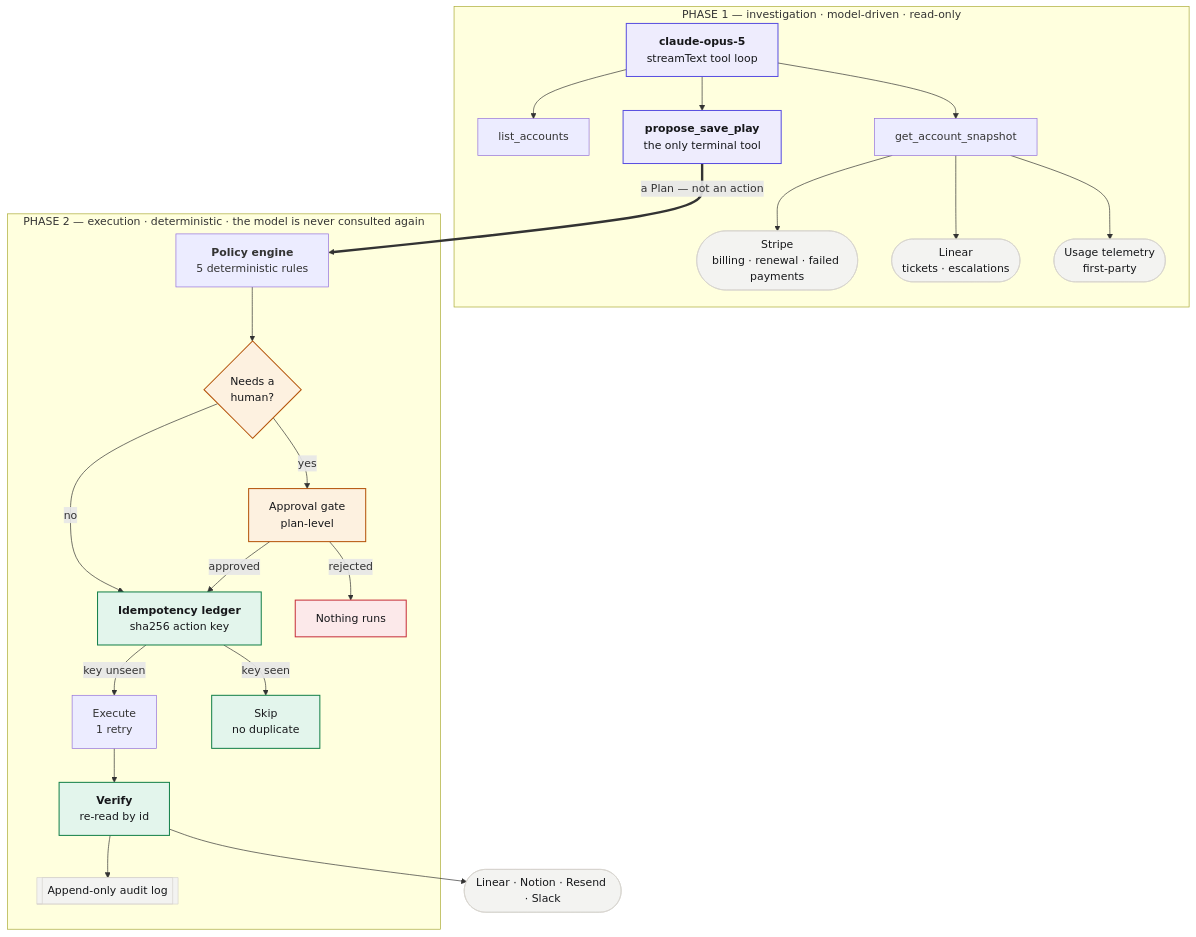
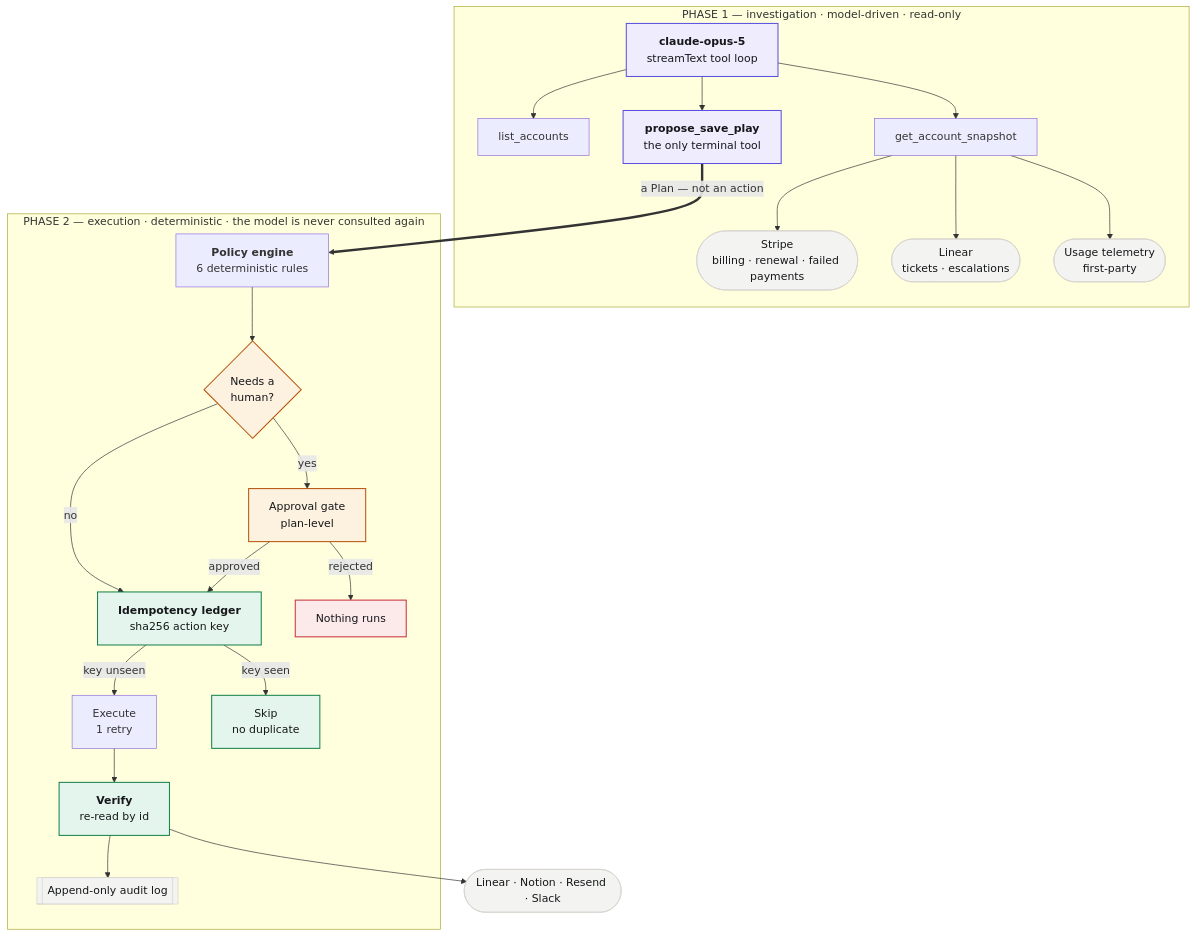
One commit to ShaanGS/backstop changed the diagram in README.md. Above: the diagram before and after it, drawn with Mermaid. The commit also changed other lines of this file and 2 other files, not shown here.

````diff
--- a/README.md
+++ b/README.md
@@ -117,57 +188,57 @@
 ```mermaid
 flowchart TB
     A["<b>claude-opus-5</b><br/>streamText tool loop"]
     A --> B["list_accounts"]
     A --> C["get_account_snapshot"]
     C --> D(["Stripe<br/>billing · renewal · failed payments"])
     C --> E(["Linear<br/>tickets · escalations"])
     C --> F(["Usage telemetry<br/>first-party"])
     A --> G["<b>propose_save_play</b><br/>the only terminal tool"]
 
     G ==>|"a Plan — not an action"| H
 
-    H["<b>Policy engine</b><br/>5 deterministic rules"] --> I{"Needs a<br/>human?"}
+    H["<b>Policy engine</b><br/>6 deterministic rules"] --> I{"Needs a<br/>human?"}
     I -->|yes| J["Approval gate<br/>plan-level"]
     I -->|no| K["<b>Idempotency ledger</b><br/>sha256 action key"]
     J -->|approved| K
     J -->|rejected| X["Nothing runs"]
     K -->|"key unseen"| L["Execute<br/>1 retry"]
     K -->|"key seen"| M["Skip<br/>no duplicate"]
     L --> N["<b>Verify</b><br/>re-read by id"]
     N --> O(["Linear · Notion · Resend · Slack"])
     N --> P[["Append-only audit log"]]
 
     subgraph PH1 [" PHASE 1 — investigation · model-driven · read-only "]
         A
         B
         C
         D
         E
         F
         G
     end
 
     subgraph PH2 [" PHASE 2 — execution · deterministic · the model is never consulted again "]
         H
         I
         J
         K
         L
         M
         N
         X
         P
     end
 
     classDef model fill:#eeecfd,stroke:#5a50e0,stroke-width:1.5px,color:#16171a
     classDef gate fill:#fdf1e0,stroke:#b45309,stroke-width:1.5px,color:#16171a
     classDef safe fill:#e3f5ec,stroke:#14804a,stroke-width:1.5px,color:#16171a
     classDef stop fill:#fce9ea,stroke:#c6303b,stroke-width:1.5px,color:#16171a
     classDef app fill:#f3f3f1,stroke:#d6d3cd,color:#16171a
 
     class A,G model
     class I,J gate
     class K,N,M safe
     class X stop
     class D,E,F,O,P app
 ```
````
